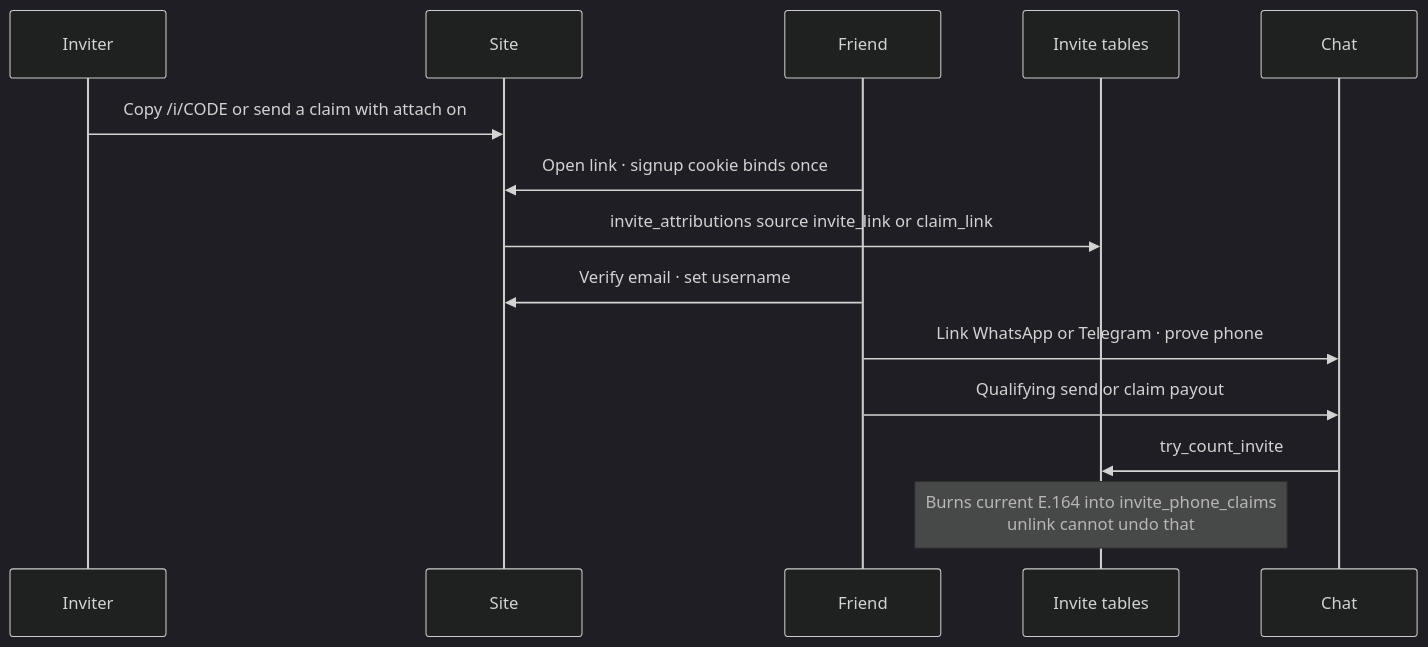
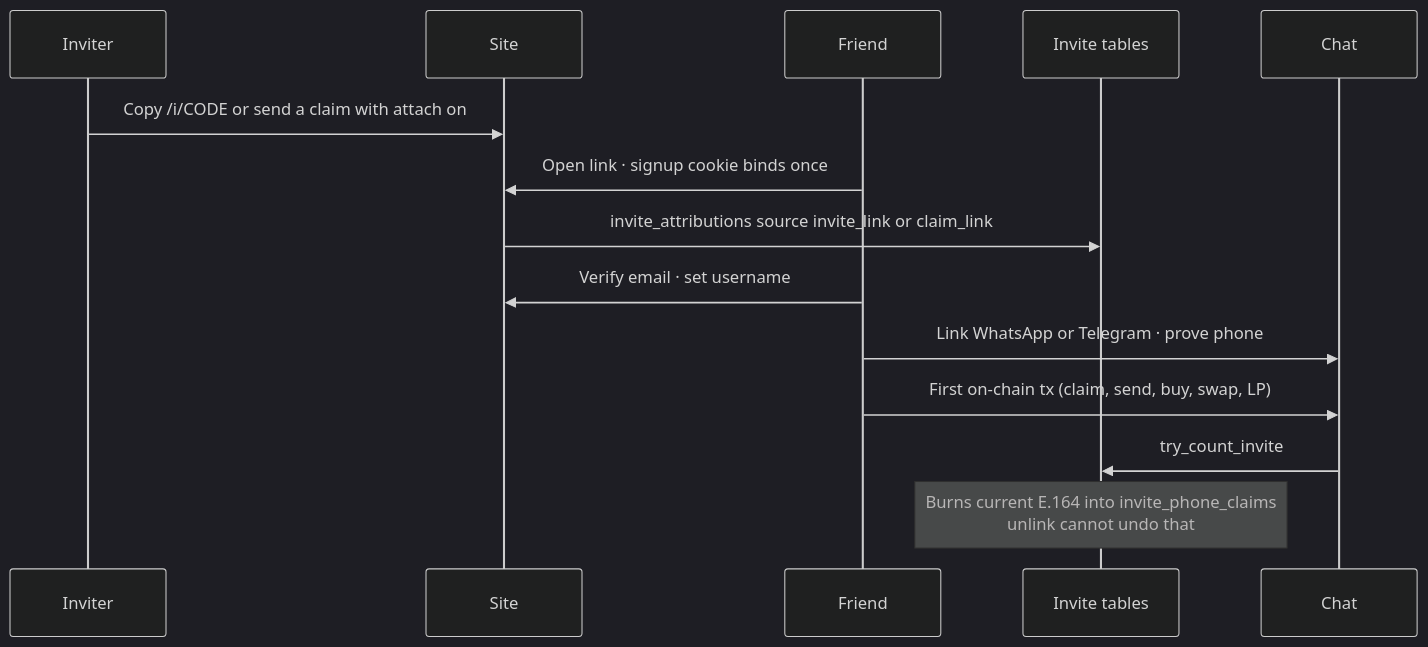
The fifth of 7 diagrams in docs/ARCHITECTURE.md (rudazy/flizy), drawn with Mermaid (dark theme) before and after one commit. The commit also changed other lines of this file and 11 other files, not shown here.

````diff
--- a/docs/ARCHITECTURE.md
+++ b/docs/ARCHITECTURE.md
@@ -208,17 +210,17 @@
 ```mermaid
 sequenceDiagram
   participant I as Inviter
   participant Site as Site
   participant F as Friend
   participant DB as Invite tables
   participant Chat as Chat
 
   I->>Site: Copy /i/CODE or send a claim with attach on
   F->>Site: Open link · signup cookie binds once
   Site->>DB: invite_attributions source invite_link or claim_link
   F->>Site: Verify email · set username
   F->>Chat: Link WhatsApp or Telegram · prove phone
-  F->>Chat: Qualifying send or claim payout
+  F->>Chat: First on-chain tx (claim, send, buy, swap, LP)
   Chat->>DB: try_count_invite
   Note over DB: Burns current E.164 into invite_phone_claims<br/>unlink cannot undo that
 ```
````
